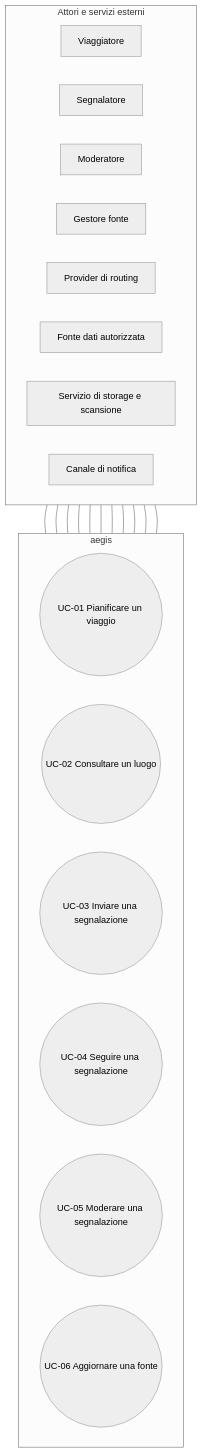
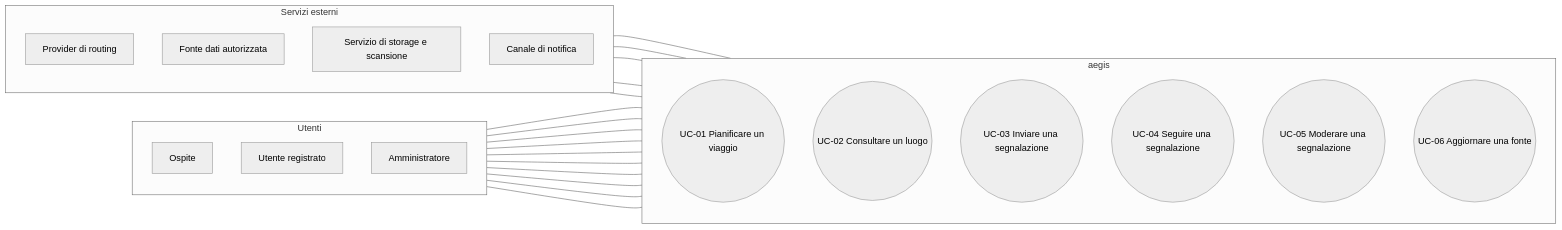
The first of 9 diagrams in docs/RAD.md (andreaplini/aegis), drawn with Mermaid (neutral theme) before and after one commit. The commit also changed other lines of this file and 5 other files, not shown here.

````diff
--- a/docs/RAD.md
+++ b/docs/RAD.md
@@ -213,35 +212,41 @@
 ```mermaid
-flowchart TB
-  accDescr: I sei casi d'uso aegis e le associazioni con persone, provider, fonti dati e servizi esterni di storage, scansione e notifica.
-  subgraph ACTORS[Attori e servizi esterni]
-    direction LR
-    V[Viaggiatore]
-    S[Segnalatore]
-    M[Moderatore]
-    G[Gestore fonte]
-    R[Provider di routing]
-    D[Fonte dati autorizzata]
-    O[Servizio di storage e scansione]
-    N[Canale di notifica]
+flowchart LR
+  accDescr: I sei casi d'uso di aegis collegano ospite, utente registrato e amministratore ai servizi esterni necessari.
+  subgraph USERS[Utenti]
+    direction TB
+    GUEST[Ospite]
+    REGISTERED[Utente registrato]
+    ADMIN[Amministratore]
   end
   subgraph SYSTEM[aegis]
-    direction LR
+    direction TB
     UC01((UC-01 Pianificare un viaggio))
     UC02((UC-02 Consultare un luogo))
     UC03((UC-03 Inviare una segnalazione))
     UC04((UC-04 Seguire una segnalazione))
     UC05((UC-05 Moderare una segnalazione))
     UC06((UC-06 Aggiornare una fonte))
   end
-  V --- UC01
+  subgraph SERVICES[Servizi esterni]
+    direction TB
+    R[Provider di routing]
+    D[Fonte dati autorizzata]
+    O[Servizio di storage e scansione]
+    N[Canale di notifica]
+  end
+  GUEST --- UC01
+  REGISTERED --- UC01
   R --- UC01
-  V --- UC02
-  S --- UC03
+  GUEST --- UC02
+  REGISTERED --- UC02
+  GUEST --- UC03
+  REGISTERED --- UC03
   O --- UC03
   N --- UC03
-  S --- UC04
-  M --- UC05
+  GUEST --- UC04
+  REGISTERED --- UC04
+  ADMIN --- UC05
   N --- UC05
-  G --- UC06
+  ADMIN --- UC06
   D --- UC06
 ```
````
